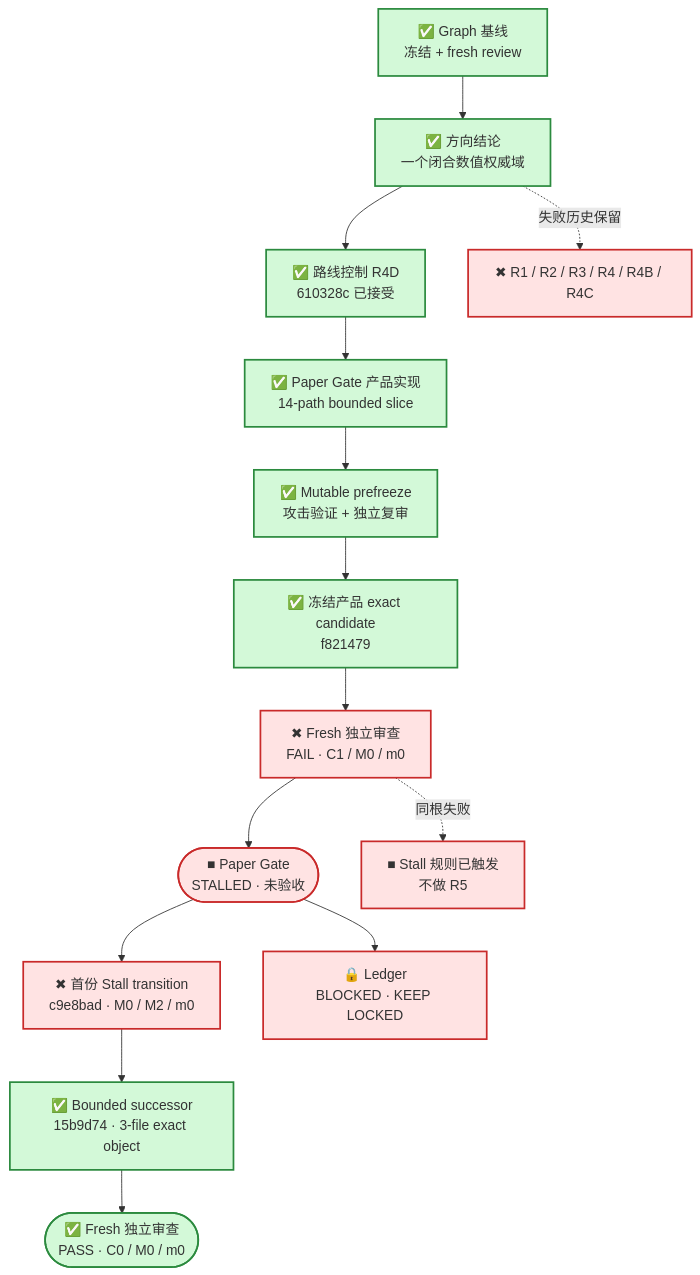
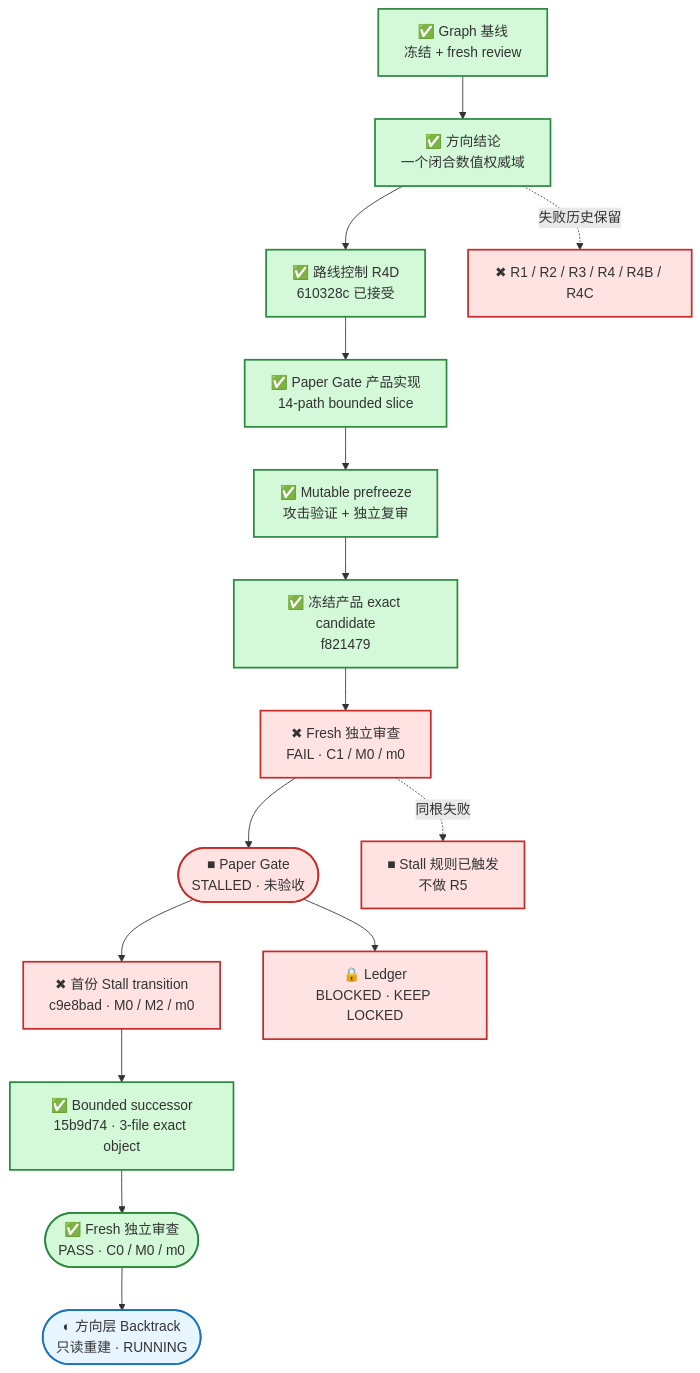
Before and after one commit to j-a-v-e-n/knowledge-vault: the first of 2 diagrams in MyBrain/automation/reports/investment-discipline-system/CURRENT_PROGRESS.md, drawn with Mermaid. The commit also changed other lines of this file, not shown here.

````diff
--- a/MyBrain/automation/reports/investment-discipline-system/CURRENT_PROGRESS.md
+++ b/MyBrain/automation/reports/investment-discipline-system/CURRENT_PROGRESS.md
@@ -7,23 +7,26 @@
 ```mermaid
 flowchart TB
     G["✅ Graph 基线<br/>冻结 + fresh review"] --> D["✅ 方向结论<br/>一个闭合数值权威域"]
     D --> R["✅ 路线控制 R4D<br/>610328c 已接受"]
     R --> S["✅ Paper Gate 产品实现<br/>14-path bounded slice"]
     S --> P["✅ Mutable prefreeze<br/>攻击验证 + 独立复审"]
     P --> K["✅ 冻结产品 exact candidate<br/>f821479"]
     K --> W["✖ Fresh 独立审查<br/>FAIL · C1 / M0 / m0"]
     W --> A(["■ Paper Gate<br/>STALLED · 未验收"])
     A --> C9["✖ 首份 Stall transition<br/>c9e8bad · M0 / M2 / m0"]
     C9 --> N["✅ Bounded successor<br/>15b9d74 · 3-file exact object"]
     N --> Q(["✅ Fresh 独立审查<br/>PASS · C0 / M0 / m0"])
+    Q --> DR(["◐ 方向层 Backtrack<br/>只读重建 · RUNNING"])
     A --> L["🔒 Ledger<br/>BLOCKED · KEEP LOCKED"]
 
     D -. "失败历史保留" .-> F["✖ R1 / R2 / R3 / R4 / R4B / R4C"]
     W -. "同根失败" .-> H["■ Stall 规则已触发<br/>不做 R5"]
 
     classDef done fill:#d3f9d8,stroke:#2b8a3e,stroke-width:2px;
     classDef failed fill:#ffe3e3,stroke:#c92a2a,stroke-width:2px;
+    classDef running fill:#e7f5ff,stroke:#1971c2,stroke-width:2px;
     class G,D,R,S,P,K done;
     class N,Q done;
     class W,A,C9,F,H,L failed;
+    class DR running;
 ```
````
